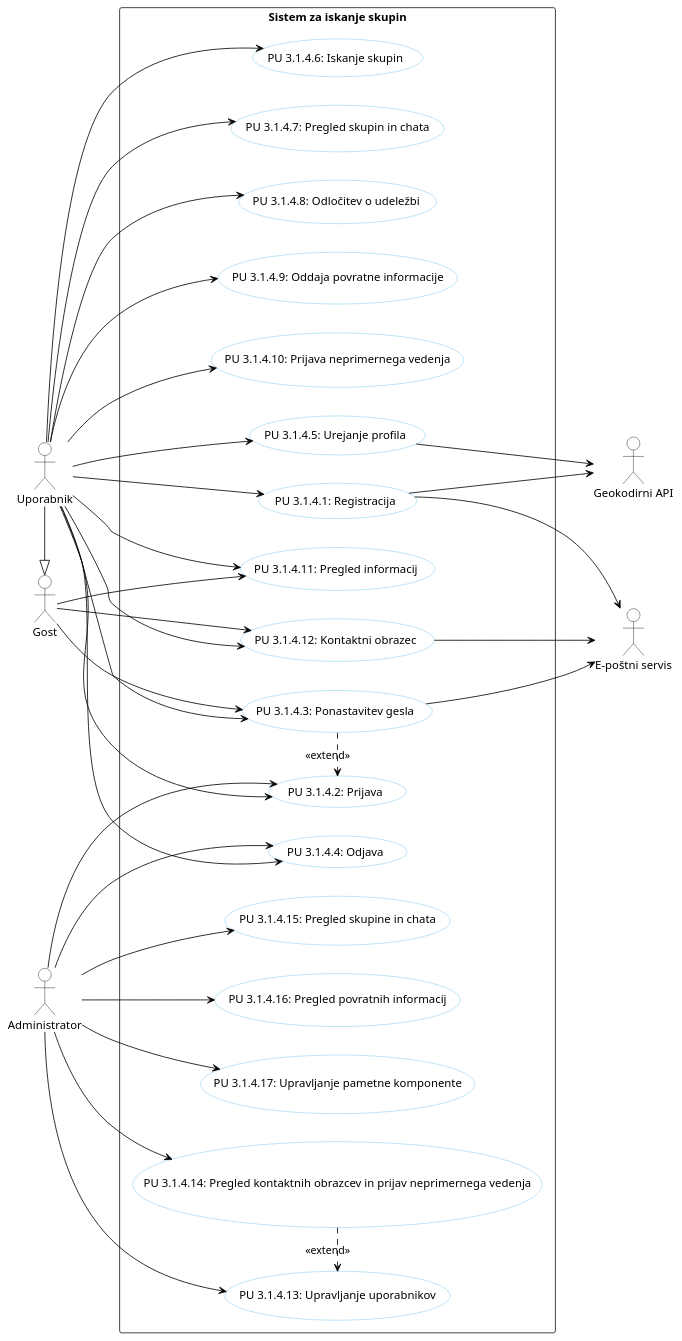
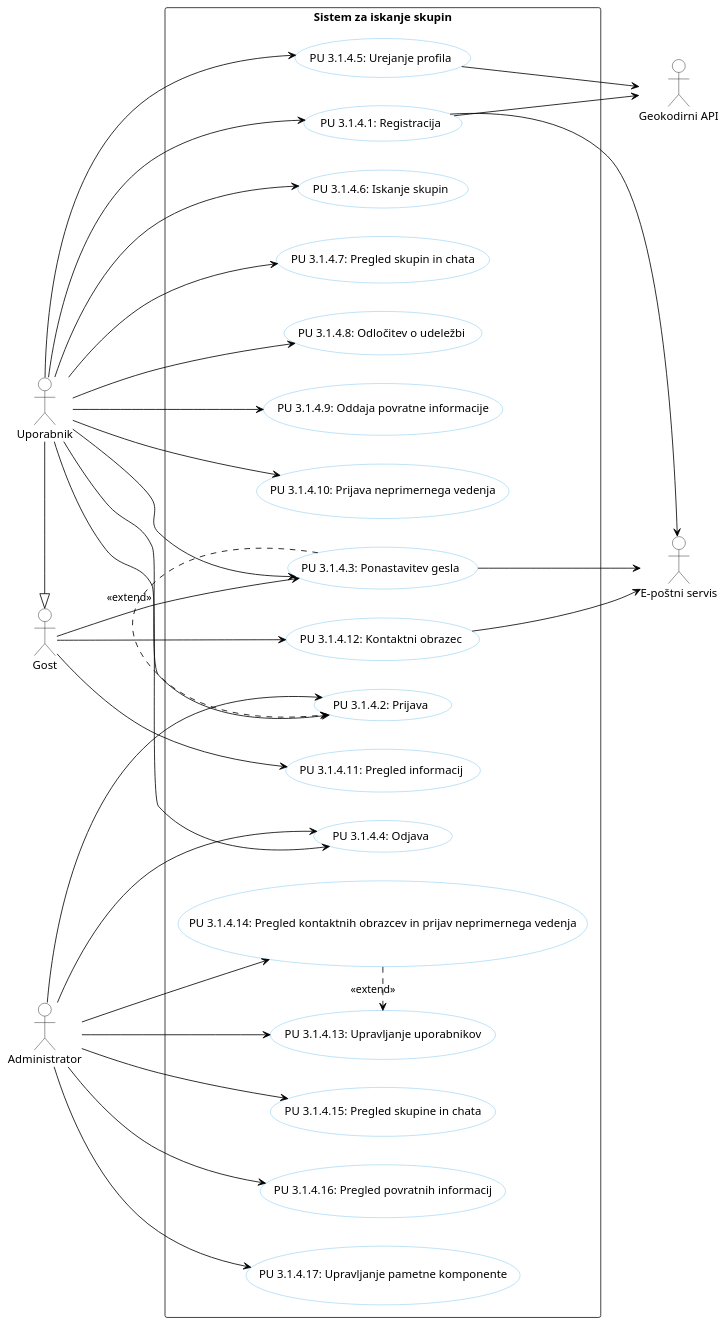
The diagram in docs/gradivo/plantuml/Use_case_diagram.puml (jakobjesenko/Projekt-06), drawn with PlantUML before and after one commit. The commit also changed 1 other file, not shown here.

Commit message:
popravki diagrama primerov uporabe

```diff
--- a/docs/gradivo/plantuml/Use_case_diagram.puml
+++ b/docs/gradivo/plantuml/Use_case_diagram.puml
@@ -1,89 +1,87 @@
 @startuml DPU
 
 skinparam backgroundcolor transparent
 skinparam defaultTextAlignment center
 skinparam usecase {
   backgroundColor white
   borderColor #5FB8EC
   arrowColor black
 }
 skinparam actorBorderColor black
 skinparam actorBackgroundColor white
 
 left to right direction
 
 actor "Gost" AS Guest
 actor "Uporabnik" AS User
 actor "Administrator" AS Admin
 actor "E-poštni servis" AS Email
 actor "Geokodirni API" AS Geo
 
 User -|> Guest
 
 rectangle "Sistem za iskanje skupin" {
   ' --- PRIJAVA ---
   (PU 3.1.4.1: Registracija) as UC1
   (PU 3.1.4.2: Prijava) as UC2
   (PU 3.1.4.3: Ponastavitev gesla) as UC3
   (PU 3.1.4.4: Odjava) as UC4
   
   ' --- PROFIL ---
   (PU 3.1.4.5: Urejanje profila) as UC5
   
   ' --- SKUPINE ---
   (PU 3.1.4.6: Iskanje skupin) as UC6
   (PU 3.1.4.7: Pregled skupin in chata) as UC19
   (PU 3.1.4.8: Odločitev o udeležbi) as UC8
   
   ' --- FEEDBACK ---
   (PU 3.1.4.9: Oddaja povratne informacije) as UC10
   (PU 3.1.4.10: Prijava neprimernega vedenja) as UC11
   
   ' --- ADMIN ---
   (PU 3.1.4.13: Upravljanje uporabnikov) as UC12
   (PU 3.1.4.14: Pregled kontaktnih obrazcev in prijav neprimernega vedenja) as UC13
   (PU 3.1.4.15: Pregled skupine in chata) as UC14
   (PU 3.1.4.16: Pregled povratnih informacij) as UC17
   (PU 3.1.4.17: Upravljanje pametne komponente) as UC18
 
   ' --- JAVNE STRANI ---
   (PU 3.1.4.11: Pregled informacij) as UC20
   (PU 3.1.4.12: Kontaktni obrazec) as UC21
 }
 
 Guest --> UC3
 Guest --> UC20
 Guest --> UC21
 
 User --> UC1
 User --> UC2
 User --> UC3
 User --> UC4
 User --> UC5
 User --> UC6
 User --> UC19
 User --> UC8
 User --> UC10
 User --> UC11
-User --> UC20
-User --> UC21
 
 Admin --> UC12
 Admin --> UC13
 Admin --> UC14
 Admin --> UC18
 Admin --> UC17
 Admin --> UC2
 Admin --> UC4
 
 UC3 .> UC2 : <<extend>>
 UC13 .> UC12 : <<extend>>
 
 UC1 --> Email
 UC3 --> Email
 UC21 --> Email
 
 UC1 --> Geo
 UC5 --> Geo
 
 @enduml
```
